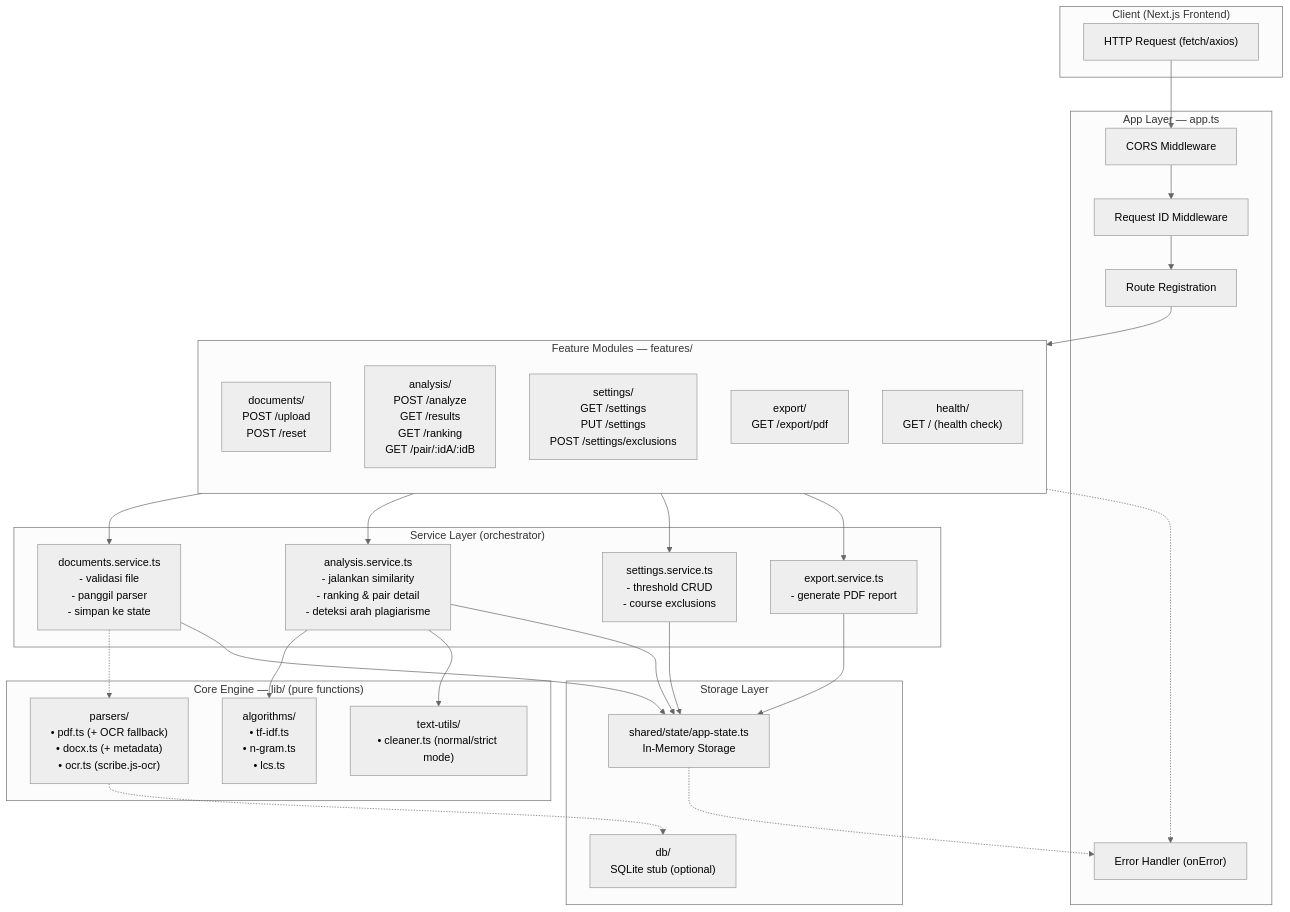
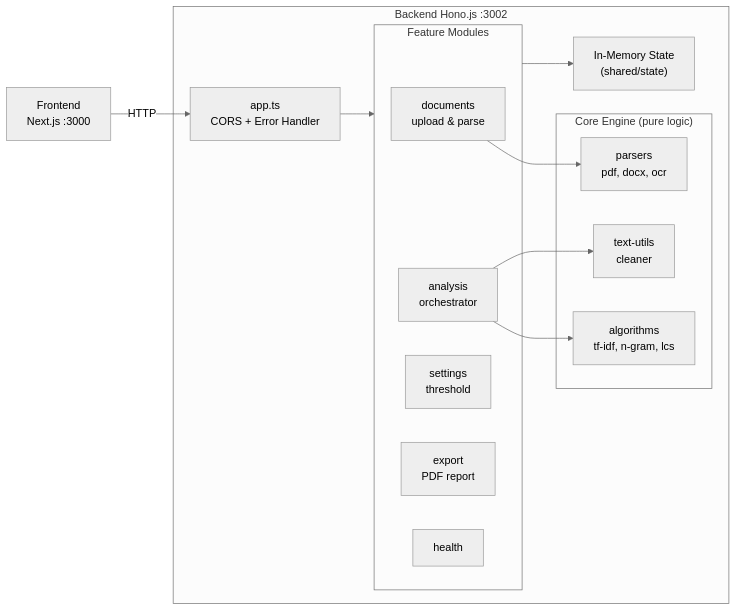
Before and after one commit to zenith-id/plagiarism-checker: the first of 2 diagrams in backend/README.md, drawn with Mermaid (neutral theme). The commit also changed other lines of this file and 1 other file, not shown here.

Commit message:
docs(readme): simplify mermaid diagrams for readability

````diff
--- a/backend/README.md
+++ b/backend/README.md
@@ -15,63 +15,31 @@
 ```mermaid
-flowchart TB
-    subgraph Client["Client (Next.js Frontend)"]
-        HTTP["HTTP Request (fetch/axios)"]
+flowchart LR
+    FE["Frontend<br/>Next.js :3000"]
+
+    subgraph BE["Backend Hono.js :3002"]
+        APP["app.ts<br/>CORS + Error Handler"]
+
+        subgraph F["Feature Modules"]
+            DOC["documents<br/>upload & parse"]
+            ANL["analysis<br/>orchestrator"]
+            SET["settings<br/>threshold"]
+            EXP["export<br/>PDF report"]
+            HTH["health"]
+        end
+
+        subgraph C["Core Engine (pure logic)"]
+            ALG["algorithms<br/>tf-idf, n-gram, lcs"]
+            PAR["parsers<br/>pdf, docx, ocr"]
+            TXT["text-utils<br/>cleaner"]
+        end
+
+        ST["In-Memory State<br/>(shared/state)"]
     end
 
-    subgraph App["App Layer — app.ts"]
-        CORS["CORS Middleware"]
-        REQID["Request ID Middleware"]
-        ERR["Error Handler (onError)"]
-        ROUTE["Route Registration"]
-    end
-
-    subgraph Features["Feature Modules — features/"]
-        direction TB
-        DOC["documents/<br/>POST /upload<br/>POST /reset"]
-        ANL["analysis/<br/>POST /analyze<br/>GET /results<br/>GET /ranking<br/>GET /pair/:idA/:idB"]
-        SET["settings/<br/>GET /settings<br/>PUT /settings<br/>POST /settings/exclusions"]
-        EXP["export/<br/>GET /export/pdf"]
-        HTH["health/<br/>GET / (health check)"]
-    end
-
-    subgraph Services["Service Layer (orchestrator)"]
-        DOCS["documents.service.ts<br/>- validasi file<br/>- panggil parser<br/>- simpan ke state"]
-        ANLS["analysis.service.ts<br/>- jalankan similarity<br/>- ranking & pair detail<br/>- deteksi arah plagiarisme"]
-        SETS["settings.service.ts<br/>- threshold CRUD<br/>- course exclusions"]
-        EXPS["export.service.ts<br/>- generate PDF report"]
-    end
-
-    subgraph Core["Core Engine — lib/ (pure functions)"]
-        ALG["algorithms/<br/>• tf-idf.ts<br/>• n-gram.ts<br/>• lcs.ts"]
-        PAR["parsers/<br/>• pdf.ts (+ OCR fallback)<br/>• docx.ts (+ metadata)<br/>• ocr.ts (scribe.js-ocr)"]
-        TXT["text-utils/<br/>• cleaner.ts (normal/strict mode)"]
-    end
-
-    subgraph Storage["Storage Layer"]
-        ST["shared/state/app-state.ts<br/>In-Memory Storage"]
-        DB["db/<br/>SQLite stub (optional)"]
-    end
-
-    HTTP --> CORS
-    CORS --> REQID
-    REQID --> ROUTE
-    ROUTE --> Features
-    
-    DOC --> DOCS
-    ANL --> ANLS
-    SET --> SETS
-    EXP --> EXPS
-
-    DOCS -.-> PAR
-    ANLS --> ALG
-    ANLS --> TXT
-    
-    DOCS --> ST
-    ANLS --> ST
-    SETS --> ST
-    EXPS --> ST
-
-    PAR -.-> DB
-    ST -.-> ERR
-    Features -.-> ERR
+    FE -- HTTP --> APP
+    APP --> F
+    ANL --> ALG
+    ANL --> TXT
+    DOC --> PAR
+    F --> ST
 ```
````
